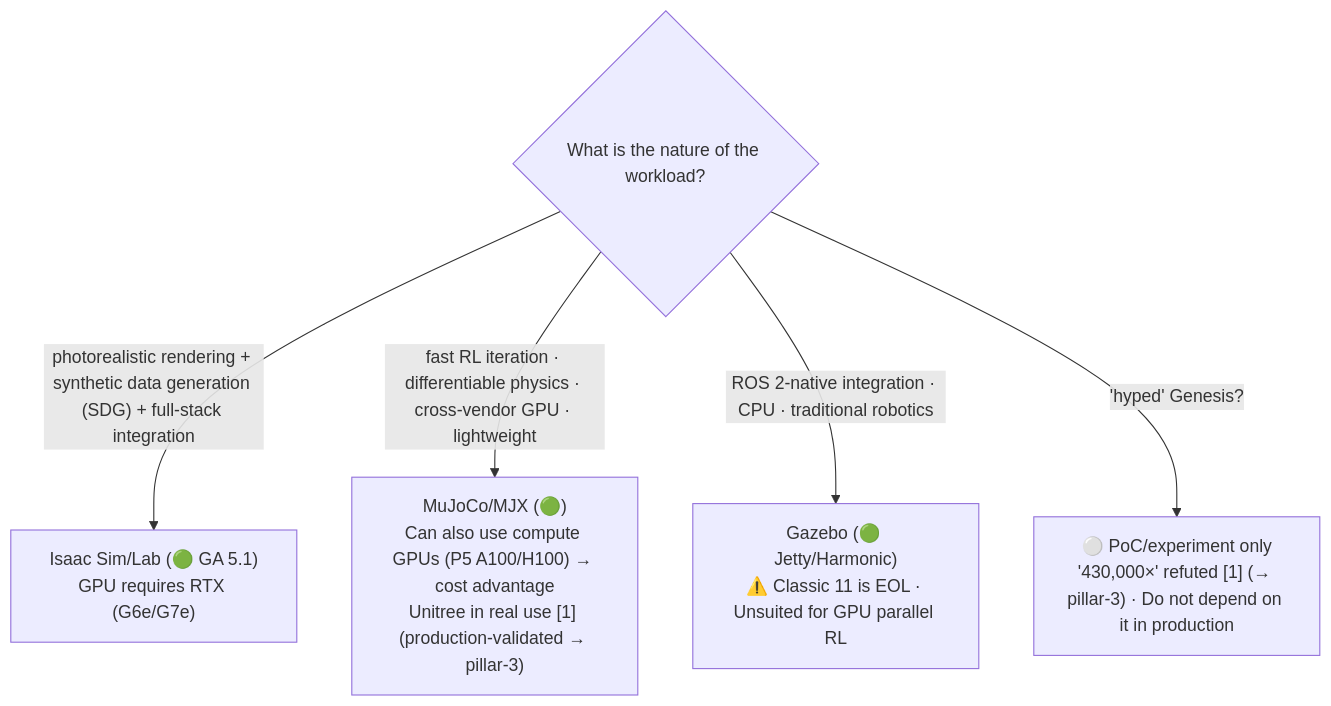
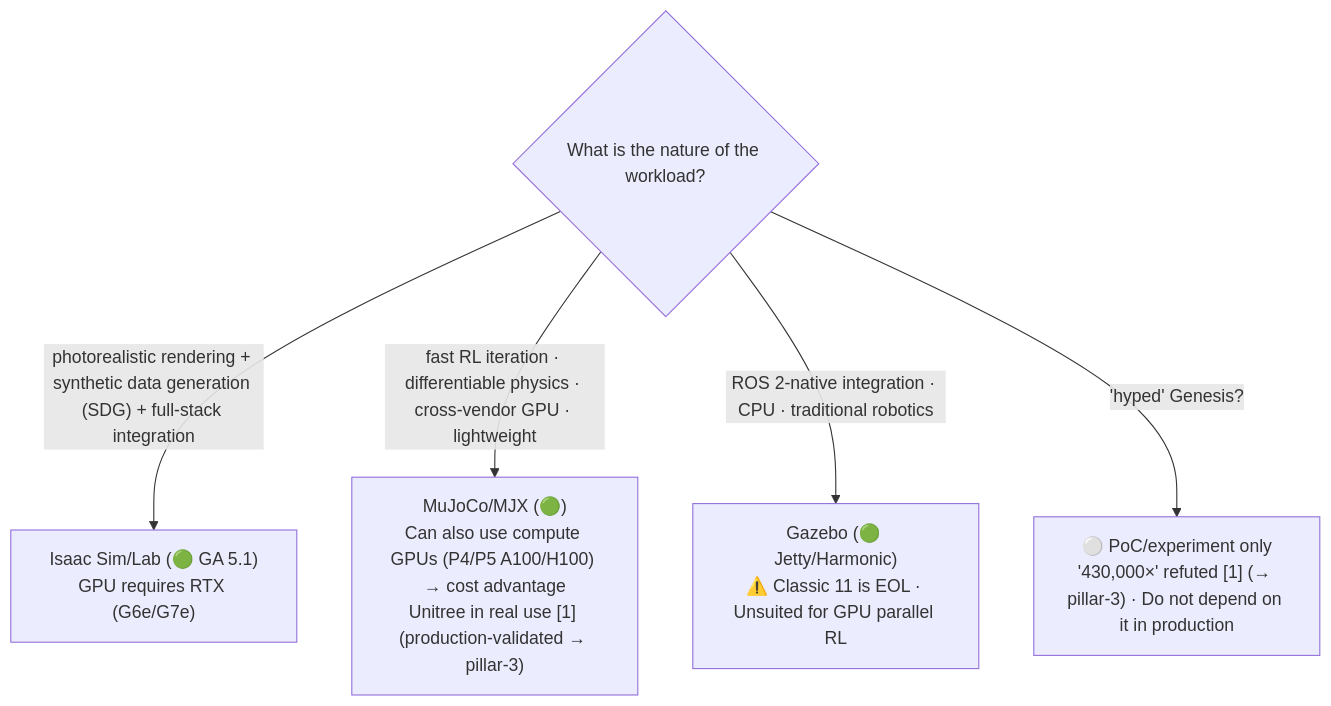
Before and after one commit to comeddy/pai-playbook: the first of 2 diagrams in docs/decisions.en.md, drawn with Mermaid. The commit also changed other lines of this file and 79 other files, not shown here.

````diff
--- a/docs/decisions.en.md
+++ b/docs/decisions.en.md
@@ -46,8 +36,8 @@
 ```mermaid
 graph TD
     Q{What is the nature of the workload?}
     Q -- "photorealistic rendering + synthetic data generation (SDG) + full-stack integration" --> ISAAC["Isaac Sim/Lab (🟢 GA 5.1)<br>GPU requires RTX (G6e/G7e)"]
-    Q -- "fast RL iteration · differentiable physics · cross-vendor GPU · lightweight" --> MUJOCO["MuJoCo/MJX (🟢)<br>Can also use compute GPUs (P5 A100/H100) → cost advantage<br>Unitree in real use [1] (production-validated → pillar-3)"]
+    Q -- "fast RL iteration · differentiable physics · cross-vendor GPU · lightweight" --> MUJOCO["MuJoCo/MJX (🟢)<br>Can also use compute GPUs (P4/P5 A100/H100) → cost advantage<br>Unitree in real use [1] (production-validated → pillar-3)"]
     Q -- "ROS 2-native integration · CPU · traditional robotics" --> GAZEBO["Gazebo (🟢 Jetty/Harmonic)<br>⚠️ Classic 11 is EOL · Unsuited for GPU parallel RL"]
     Q -- "'hyped' Genesis?" --> GENESIS["⚪ PoC/experiment only<br>'430,000×' refuted [1] (→ pillar-3) · Do not depend on it in production"]
 ```
````
